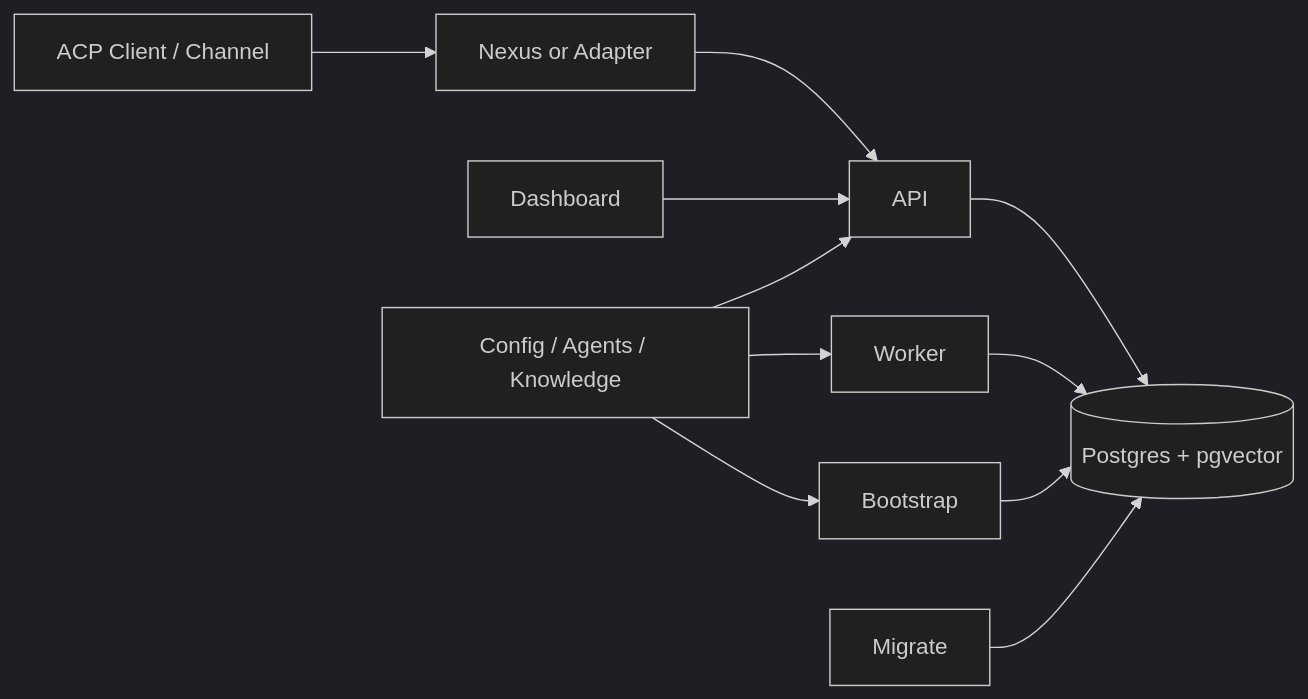
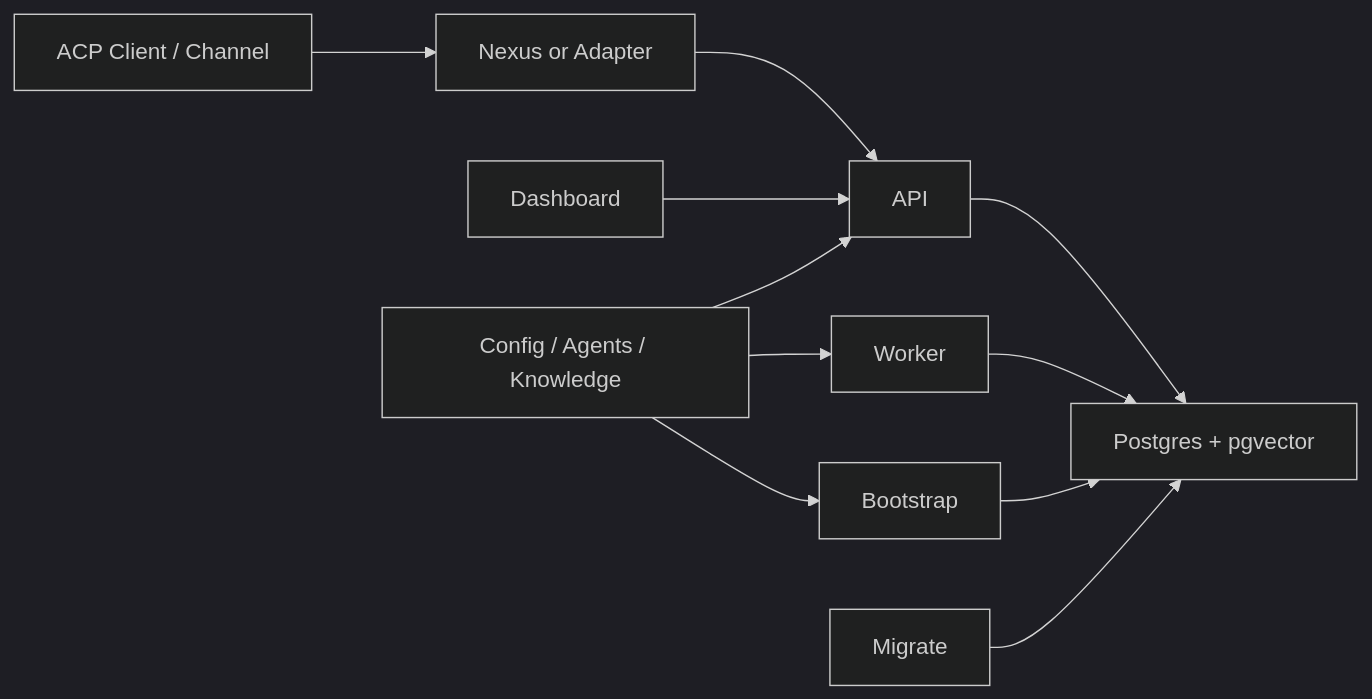
One commit to zean00/parmesan changed the first of 2 diagrams in docs/architecture.md. Above: the diagram before and after it, drawn with Mermaid (dark theme). The commit also changed other lines of this file and 18 other files, not shown here.

````diff
--- a/docs/architecture.md
+++ b/docs/architecture.md
@@ -21,22 +41,22 @@
 ```mermaid
 flowchart LR
-    Client[ACP Client / Channel]
-    Nexus[Nexus or Adapter]
-    Dashboard[Dashboard]
-    API[API]
-    Worker[Worker]
-    Bootstrap[Bootstrap]
-    Migrate[Migrate]
-    DB[(Postgres + pgvector)]
-    Bundle[Config / Agents / Knowledge]
+    Client["ACP Client / Channel"]
+    Nexus["Nexus or Adapter"]
+    Dashboard["Dashboard"]
+    API["API"]
+    Worker["Worker"]
+    Bootstrap["Bootstrap"]
+    Migrate["Migrate"]
+    DB["Postgres + pgvector"]
+    Bundle["Config / Agents / Knowledge"]
 
     Client --> Nexus --> API
     Dashboard --> API
     API --> DB
     Worker --> DB
     Bootstrap --> DB
     Migrate --> DB
     Bundle --> Bootstrap
     Bundle --> API
     Bundle --> Worker
 ```
````
